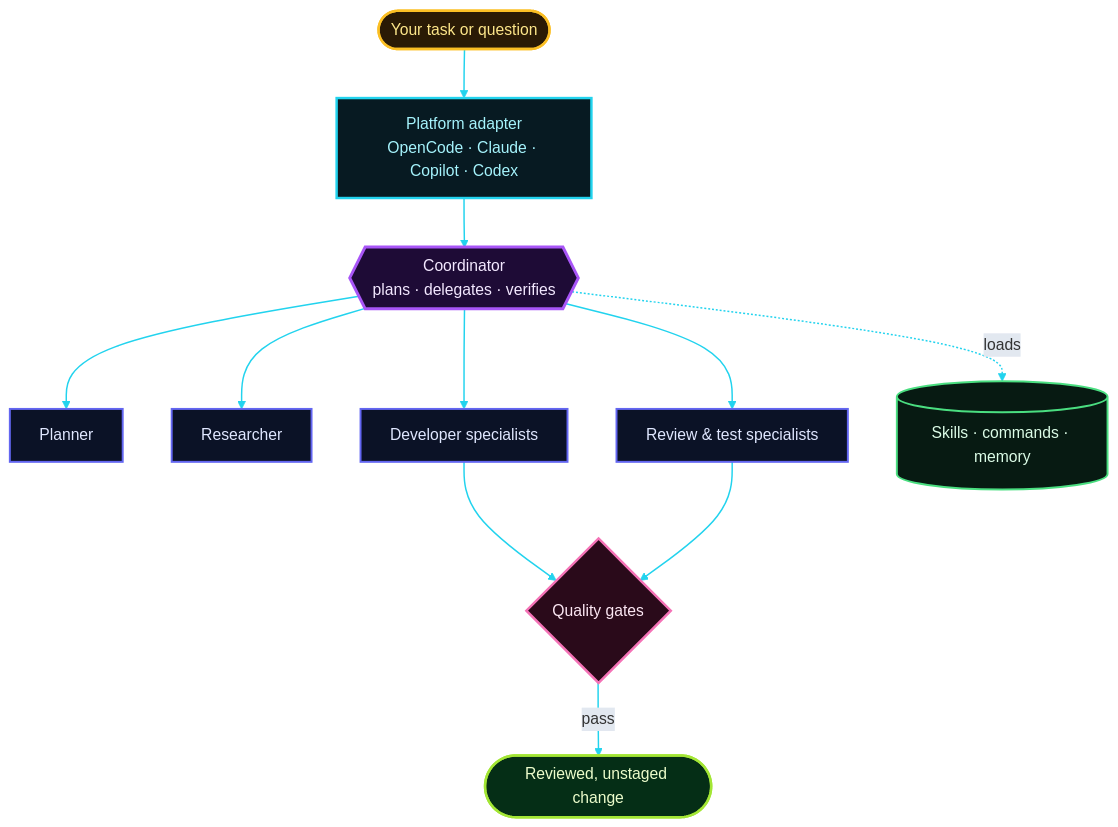
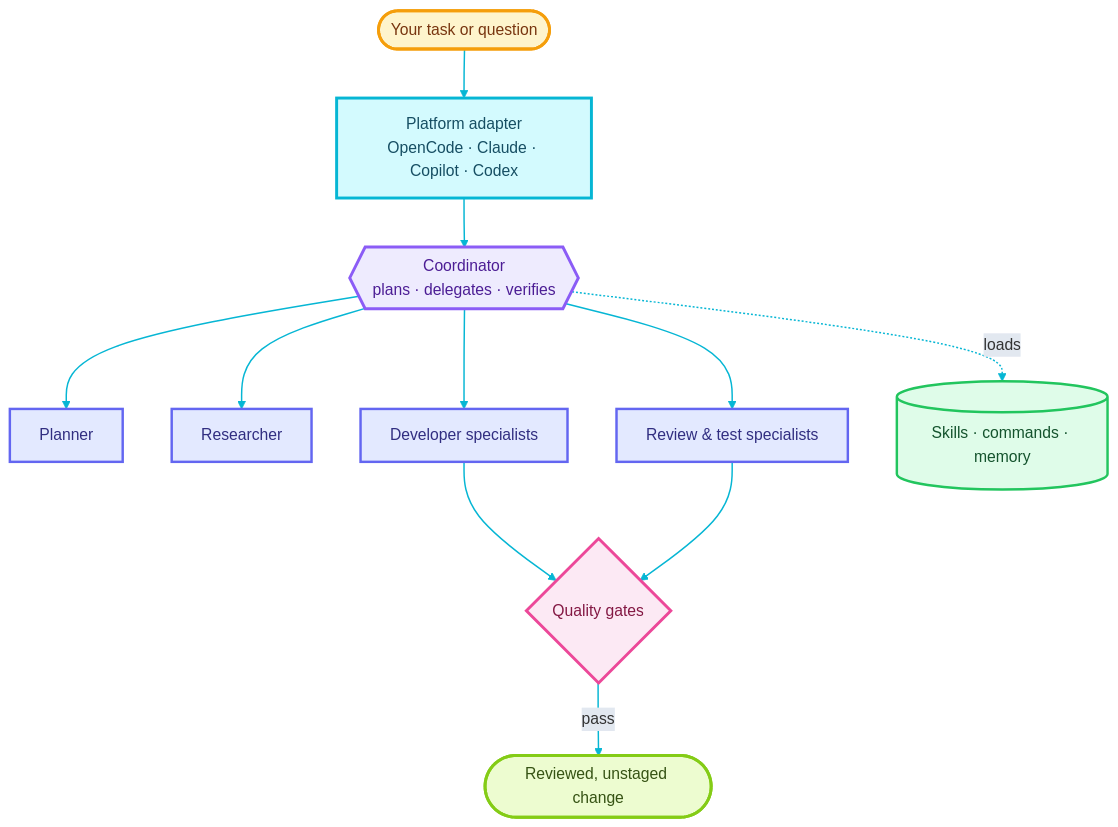
The first of 6 diagrams in README.md (GabrielAlmeidaFlores/OPENCODE-TOOL-ENHANCER), drawn with Mermaid before and after one commit. The commit also changed other lines of this file and 4 other files, not shown here.

Commit message:
docs: switch Mermaid diagrams to a translucent glass-neon palette

````diff
--- a/README.md
+++ b/README.md
@@ -96,32 +96,32 @@
 ```mermaid
-%%{init: {"theme":"base","themeVariables":{"fontFamily":"Inter, system-ui, sans-serif","lineColor":"#22D3EE","edgeLabelBackground":"#E2E8F0"}}}%%
+%%{init: {"theme":"base","themeVariables":{"fontFamily":"Inter, system-ui, sans-serif","lineColor":"#06B6D4","edgeLabelBackground":"#E2E8F0"}}}%%
 flowchart TB
     U([Your task or question]) --> A[Platform adapter<br/>OpenCode · Claude · Copilot · Codex]
     A --> C{{Coordinator<br/>plans · delegates · verifies}}
 
     C --> P[Planner]
     C --> R[Researcher]
     C --> DEV[Developer specialists]
     C --> V[Review & test specialists]
     C -. loads .-> K[(Skills · commands · memory)]
 
     DEV --> Q{Quality gates}
     V --> Q
     Q -->|pass| DONE([Reviewed, unstaged change])
 
-    classDef human fill:#2A1A05,stroke:#FBBF24,stroke-width:2.5px,color:#FDE68A
-    classDef adapter fill:#071A22,stroke:#22D3EE,stroke-width:2.5px,color:#A5F3FC
-    classDef coord fill:#1E0B36,stroke:#A855F7,stroke-width:3px,color:#F3E8FF
-    classDef agent fill:#0B1226,stroke:#6366F1,stroke-width:2px,color:#E0E7FF
-    classDef resource fill:#071A12,stroke:#4ADE80,stroke-width:2px,color:#DCFCE7
-    classDef gate fill:#2A0A1A,stroke:#F472B6,stroke-width:2.5px,color:#FCE7F3
-    classDef done fill:#052E16,stroke:#A3E635,stroke-width:2.5px,color:#ECFCCB
+    classDef human fill:#FEF3C7,fill-opacity:0.9,stroke:#F59E0B,stroke-width:3px,color:#78350F
+    classDef adapter fill:#CFFAFE,fill-opacity:0.9,stroke:#06B6D4,stroke-width:3px,color:#164E63
+    classDef coord fill:#EDE9FE,fill-opacity:0.9,stroke:#8B5CF6,stroke-width:3px,color:#4C1D95
+    classDef agent fill:#E0E7FF,fill-opacity:0.9,stroke:#6366F1,stroke-width:2.5px,color:#312E81
+    classDef resource fill:#DCFCE7,fill-opacity:0.9,stroke:#22C55E,stroke-width:2.5px,color:#14532D
+    classDef gate fill:#FCE7F3,fill-opacity:0.9,stroke:#EC4899,stroke-width:3px,color:#831843
+    classDef done fill:#ECFCCB,fill-opacity:0.9,stroke:#84CC16,stroke-width:3px,color:#365314
     class U human
     class A adapter
     class C coord
     class P,R,DEV,V agent
     class K resource
     class Q gate
     class DONE done
-    linkStyle default stroke:#22D3EE,stroke-width:1.5px
+    linkStyle default stroke:#06B6D4,stroke-width:1.5px
 ```
````
